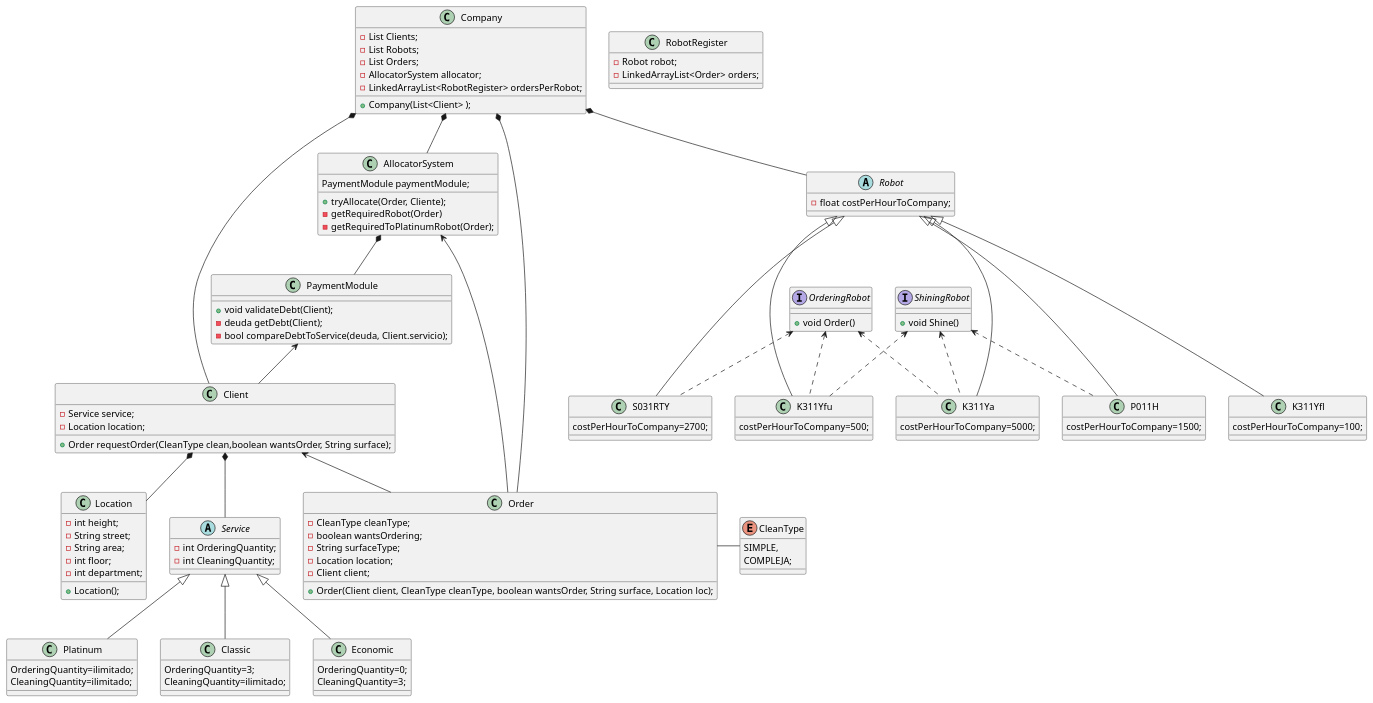
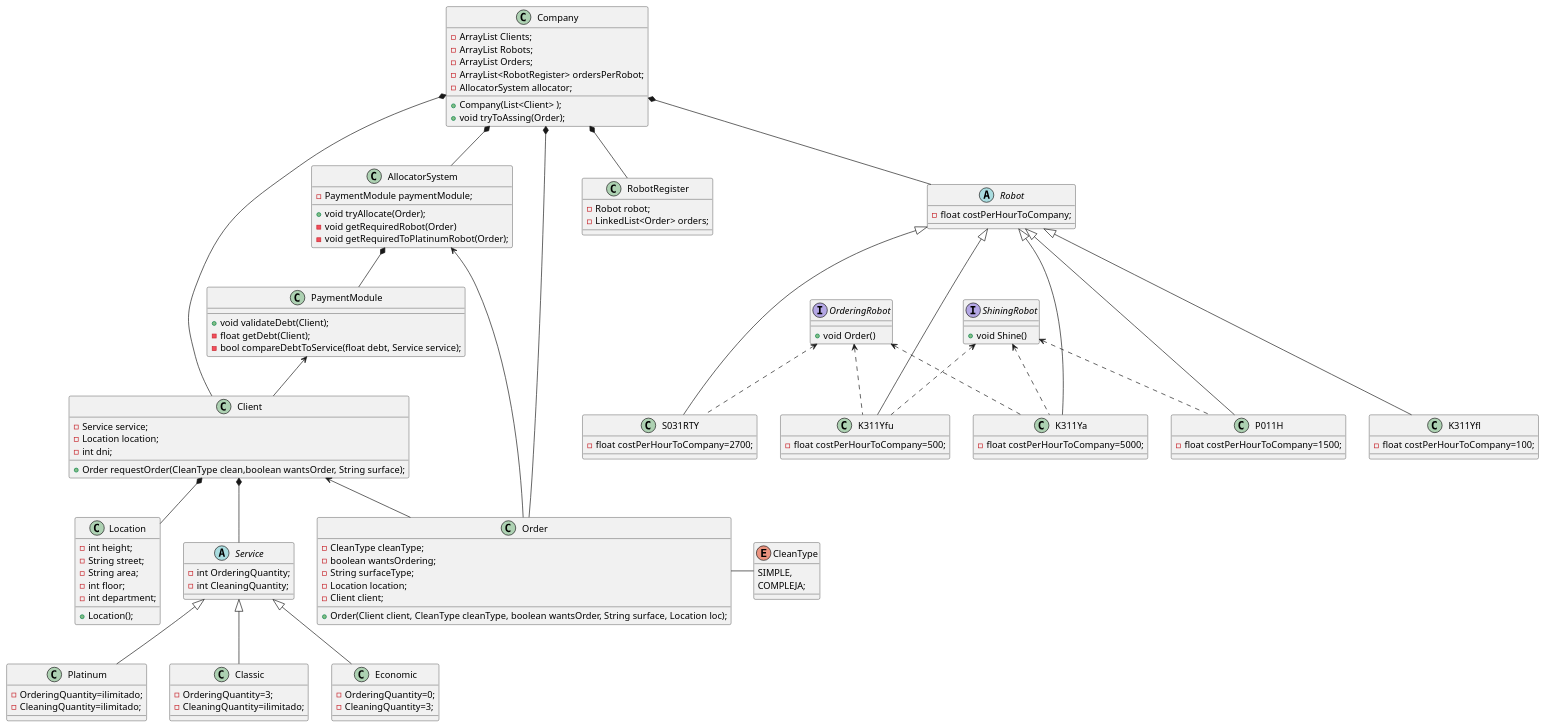
One commit to octex/tp-progIII-UTN-TSSI changed the diagram in src/main/Docs/Robotitos.puml. Above: the diagram before and after it, drawn with PlantUML. The commit also changed 2 other files, not shown here.

Commit message:
Actualizo Company y diagrama. Agrego clase RobotRegister

```diff
--- a/src/main/Docs/Robotitos.puml
+++ b/src/main/Docs/Robotitos.puml
@@ -1,138 +1,140 @@
 @startuml
 'https://plantuml.com/class-diagram
 
 class Client {
     - Service service;
     - Location location;
+    - int dni;
 
     + Order requestOrder(CleanType clean,boolean wantsOrder, String surface);
 }
 
 class Location{
     - int height;
     - String street;
     - String area;
     - int floor;
     - int department;
     + Location();
 }
 
 class RobotRegister{
     - Robot robot;
-    - LinkedArrayList<Order> orders;
+    - LinkedList<Order> orders;
 }
 
 abstract Robot{
     - float costPerHourToCompany;
 }
 class S031RTY{
-costPerHourToCompany=2700;
+    - float costPerHourToCompany=2700;
 }
 class K311Yfu{
-costPerHourToCompany=500;
+    - float costPerHourToCompany=500;
 }
 class P011H{
-costPerHourToCompany=1500;
+    - float costPerHourToCompany=1500;
 }
 class K311Ya{
-costPerHourToCompany=5000;
+    - float costPerHourToCompany=5000;
 }
 class K311Yfl{
-costPerHourToCompany=100;
+    - float costPerHourToCompany=100;
 }
 
 interface OrderingRobot{
     + void Order()
 }
 interface ShiningRobot{
     + void Shine()
 }
 
 abstract Service{
     - int OrderingQuantity;
     - int CleaningQuantity;
 }
 class Platinum{
-OrderingQuantity=ilimitado;
-CleaningQuantity=ilimitado;
+    - OrderingQuantity=ilimitado;
+    - CleaningQuantity=ilimitado;
 }
 class Classic{
-OrderingQuantity=3;
-CleaningQuantity=ilimitado;
+    - OrderingQuantity=3;
+    - CleaningQuantity=ilimitado;
 }
 
 class Economic{
-OrderingQuantity=0;
-CleaningQuantity=3;
+    - OrderingQuantity=0;
+    - CleaningQuantity=3;
 }
 
 class Company{
-    - List Clients;
-    - List Robots;
-    - List Orders;
+    - ArrayList Clients;
+    - ArrayList Robots;
+    - ArrayList Orders;
+    - ArrayList<RobotRegister> ordersPerRobot;
     - AllocatorSystem allocator;
-    - LinkedArrayList<RobotRegister> ordersPerRobot;
     + Company(List<Client> );
+    + void tryToAssing(Order);
 }
 
 class Order{
     - CleanType cleanType;
     - boolean wantsOrdering;
     - String surfaceType;
     - Location location;
     - Client client;
 
     + Order(Client client, CleanType cleanType, boolean wantsOrder, String surface, Location loc);
 }
 enum CleanType{
     SIMPLE,
     COMPLEJA;
 }
 
 class AllocatorSystem{
-
-PaymentModule paymentModule;
-+tryAllocate(Order, Cliente);
--getRequiredRobot(Order)
--getRequiredToPlatinumRobot(Order);
+    - PaymentModule paymentModule;
+    + void tryAllocate(Order);
+    - void getRequiredRobot(Order)
+    - void getRequiredToPlatinumRobot(Order);
 
 }
 
 class PaymentModule{
-  +void validateDebt(Client);
-  -deuda getDebt(Client);
-  -bool compareDebtToService(deuda, Client.servicio);
+    + void validateDebt(Client);
+    - float getDebt(Client);
+    - bool compareDebtToService(float debt, Service service);
 }
 
 
 AllocatorSystem*--PaymentModule
 PaymentModule<--Client
 Service <|-- Platinum
 Service <|-- Classic
 Service <|-- Economic
 
 Company *-- AllocatorSystem
 Company*-- Robot
 Company *-- Client
 Company *-- Order
+Company *-- RobotRegister
 
 Robot <|--- K311Yfl
 Robot <|--- K311Yfu
 Robot <|--- P011H
 Robot <|--- K311Ya
 Robot <|--- S031RTY
 
 ShiningRobot <.. K311Yfu
 ShiningRobot <.. P011H
 ShiningRobot <.. K311Ya
 OrderingRobot <.. K311Yfu
 OrderingRobot <.. K311Ya
 OrderingRobot <.. S031RTY
 
 Client *-- Service
 Client *-- Location
 
 Order- CleanType
 Client<--Order
 AllocatorSystem <-- Order
 @enduml
```
